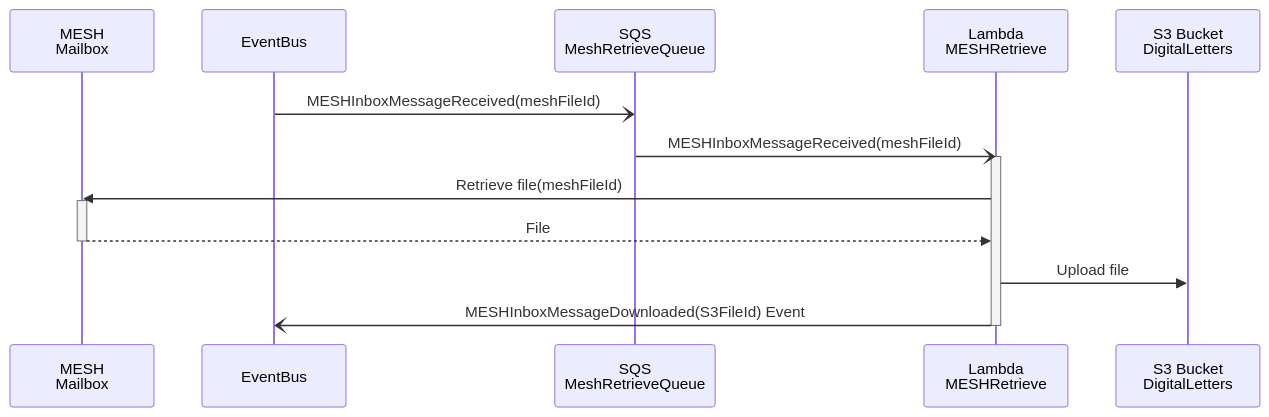
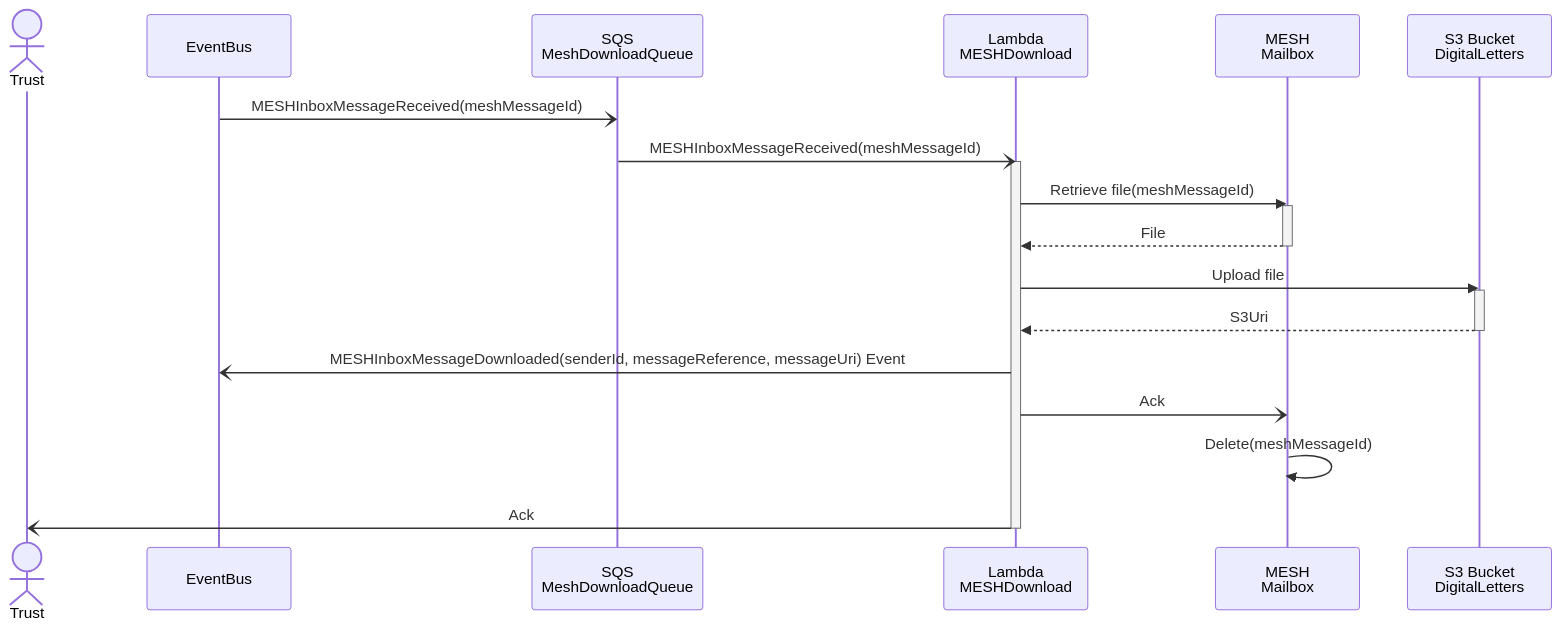
One commit to NHSDigital/nhs-notify-digital-letters changed the diagram in docs/collections/_diagrams/sequence-mesh-download.md. Above: the diagram before and after it, drawn with Mermaid. The commit also changed 6 other files, not shown here.

Commit message:
CCM-12616: Add SSM and validation into MESH Poll  diagrams CCM-12616: Add senderId into MESHInboxMessageReceived event

````diff
--- a/docs/collections/_diagrams/sequence-mesh-download.md
+++ b/docs/collections/_diagrams/sequence-mesh-download.md
@@ -7,20 +7,27 @@
 ```mermaid
 
 sequenceDiagram
+  actor trust as Trust
+  participant eventBus as EventBus
+  participant sqs as SQS<br/>MeshDownloadQueue
+  participant meshDownload  as Lambda<br/>MESHDownload
   participant meshMailbox as MESH<br/>Mailbox
-  participant eventBus as EventBus
-  participant sqs as SQS<br/>MeshRetrieveQueue
-  participant meshRetrieve  as Lambda<br/>MESHRetrieve
   participant s3 as S3 Bucket<br/>DigitalLetters
 
-  eventBus -) sqs: MESHInboxMessageReceived(meshFileId)
-  sqs -) meshRetrieve: MESHInboxMessageReceived(meshFileId)
-  activate meshRetrieve
-    meshRetrieve ->> meshMailbox: Retrieve file(meshFileId)
+  eventBus -) sqs: MESHInboxMessageReceived(meshMessageId)
+  sqs -) meshDownload: MESHInboxMessageReceived(meshMessageId)
+  activate meshDownload
+    meshDownload ->> meshMailbox: Retrieve file(meshMessageId)
     activate meshMailbox
-      meshMailbox -->> meshRetrieve: File
+      meshMailbox -->> meshDownload: File
     deactivate meshMailbox
-    meshRetrieve ->> s3: Upload file
-    meshRetrieve -) eventBus: MESHInboxMessageDownloaded(S3FileId) Event
-  deactivate meshRetrieve
+    meshDownload ->> s3: Upload file
+    activate s3
+      s3 -->> meshDownload: S3Uri
+    deactivate s3
+    meshDownload -) eventBus: MESHInboxMessageDownloaded(senderId, messageReference, messageUri) Event
+    meshDownload -) meshMailbox: Ack
+    meshMailbox ->> meshMailbox: Delete(meshMessageId)
+    meshDownload -) trust: Ack
+  deactivate meshDownload
 ```
````
